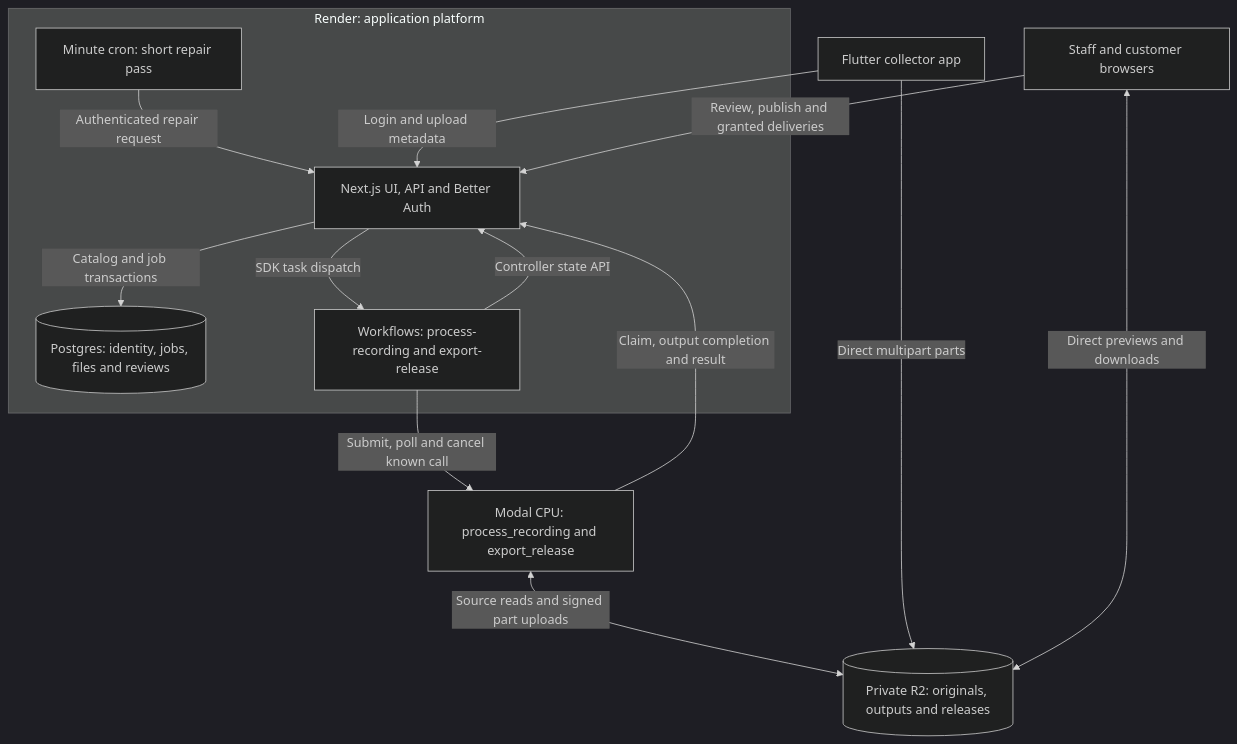
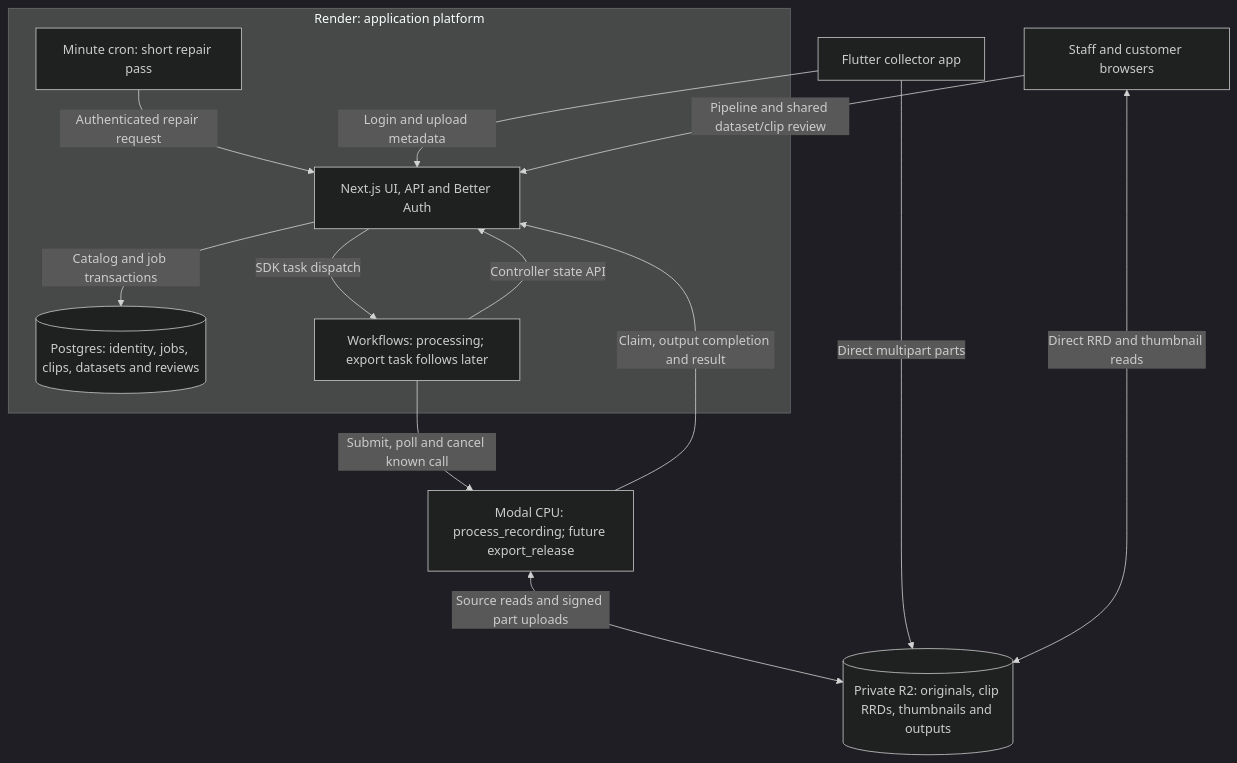
One commit to StateAction-ai/stateaction changed the diagram in docs/figures/render-platform.md. Above: the diagram before and after it, drawn with Mermaid (dark theme). The commit also changed other lines of this file and 36 other files, not shown here.

Commit message:
docs: add shared dataset browser and Rerun clip review

````diff
--- a/docs/figures/render-platform.md
+++ b/docs/figures/render-platform.md
@@ -5,24 +5,24 @@
 ```mermaid
 flowchart TD
     phone["Flutter collector app"]
     browser["Staff and customer browsers"]
     subgraph render["Render: application platform"]
         web["Next.js UI, API and Better Auth"]
-        db[("Postgres: identity, jobs, files and reviews")]
+        db[("Postgres: identity, jobs, clips, datasets and reviews")]
         repair["Minute cron: short repair pass"]
-        tasks["Workflows: process-recording and export-release"]
+        tasks["Workflows: processing; export task follows later"]
         web -->|"Catalog and job transactions"| db
         repair -->|"Authenticated repair request"| web
         web -->|"SDK task dispatch"| tasks
         tasks -->|"Controller state API"| web
     end
-    objects[("Private R2: originals, outputs and releases")]
-    workers["Modal CPU: process_recording and export_release"]
+    objects[("Private R2: originals, clip RRDs, thumbnails and outputs")]
+    workers["Modal CPU: process_recording; future export_release"]
     phone -->|"Login and upload metadata"| web
-    browser -->|"Review, publish and granted deliveries"| web
+    browser -->|"Pipeline and shared dataset/clip review"| web
     phone -->|"Direct multipart parts"| objects
-    browser <-->|"Direct previews and downloads"| objects
+    browser <-->|"Direct RRD and thumbnail reads"| objects
     tasks -->|"Submit, poll and cancel known call"| workers
     workers -->|"Claim, output completion and result"| web
     workers <-->|"Source reads and signed part uploads"| objects
 ```
````
